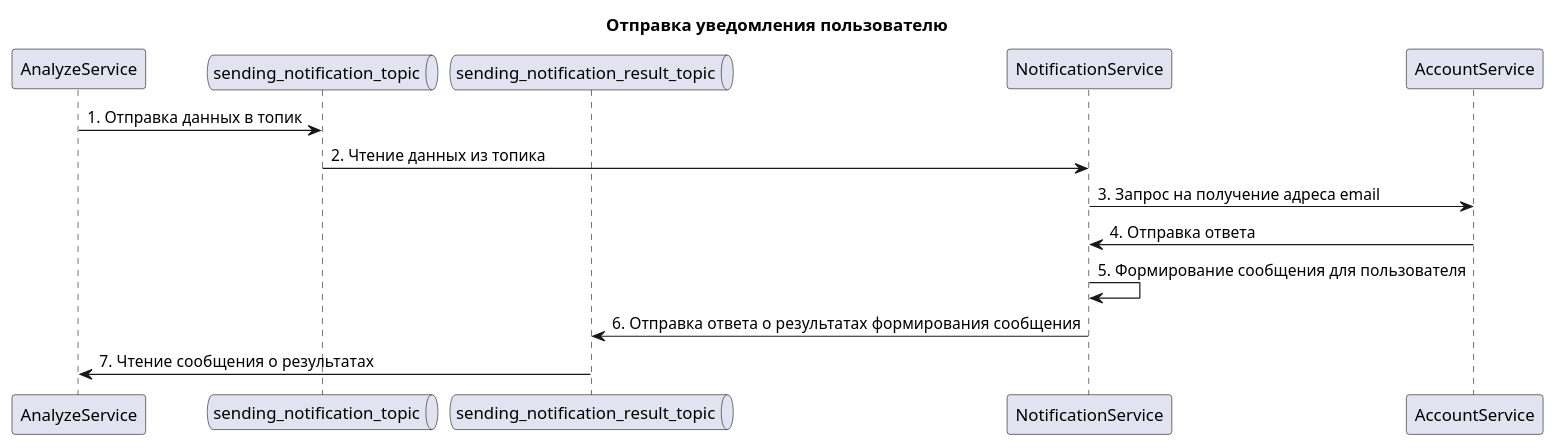
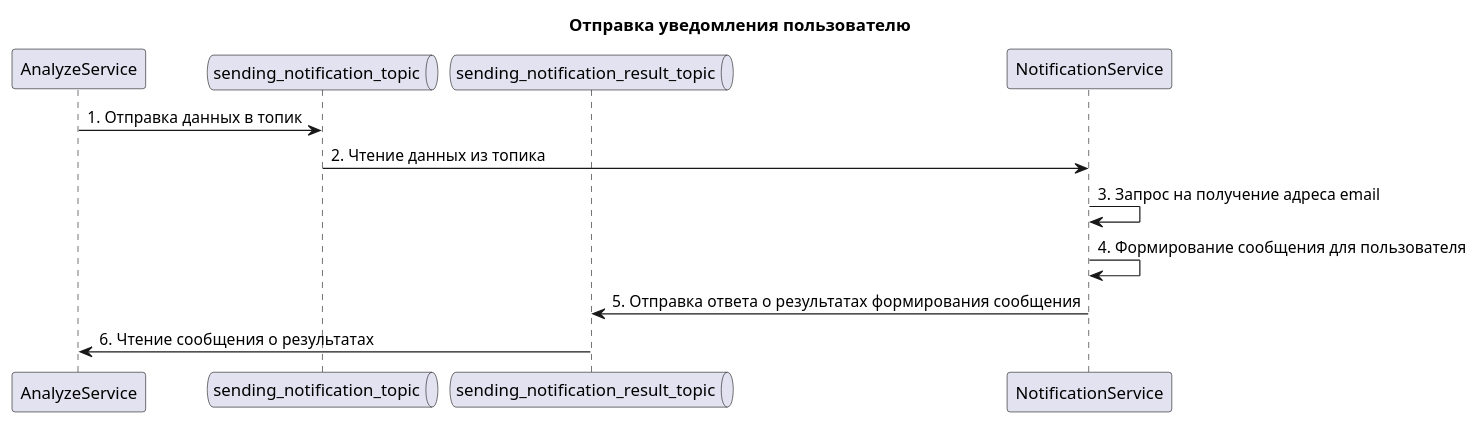
The diagram in documentation/sequence-diagrams/SendingNotification.puml (Jb192101/BookStatistic-Web), drawn with PlantUML before and after one commit. The commit also changed 16 other files, not shown here.

```diff
--- a/documentation/sequence-diagrams/SendingNotification.puml
+++ b/documentation/sequence-diagrams/SendingNotification.puml
@@ -1,18 +1,16 @@
 @startuml
 title Отправка уведомления пользователю
 
 participant AnalyzeService as analyzeservice
 queue sending_notification_topic as notificationservicetopic
 queue sending_notification_result_topic as notificationserviceresulttopic
 participant NotificationService as notificationservice
-participant AccountService as accountservice
 
 analyzeservice -> notificationservicetopic : 1. Отправка данных в топик
 notificationservicetopic -> notificationservice : 2. Чтение данных из топика
-notificationservice -> accountservice : 3. Запрос на получение адреса email
-accountservice -> notificationservice : 4. Отправка ответа
-notificationservice -> notificationservice : 5. Формирование сообщения для пользователя
-notificationservice -> notificationserviceresulttopic : 6. Отправка ответа о результатах формирования сообщения
-notificationserviceresulttopic -> analyzeservice : 7. Чтение сообщения о результатах
+notificationservice -> notificationservice : 3. Запрос на получение адреса email
+notificationservice -> notificationservice : 4. Формирование сообщения для пользователя
+notificationservice -> notificationserviceresulttopic : 5. Отправка ответа о результатах формирования сообщения
+notificationserviceresulttopic -> analyzeservice : 6. Чтение сообщения о результатах
 
 @enduml
```
